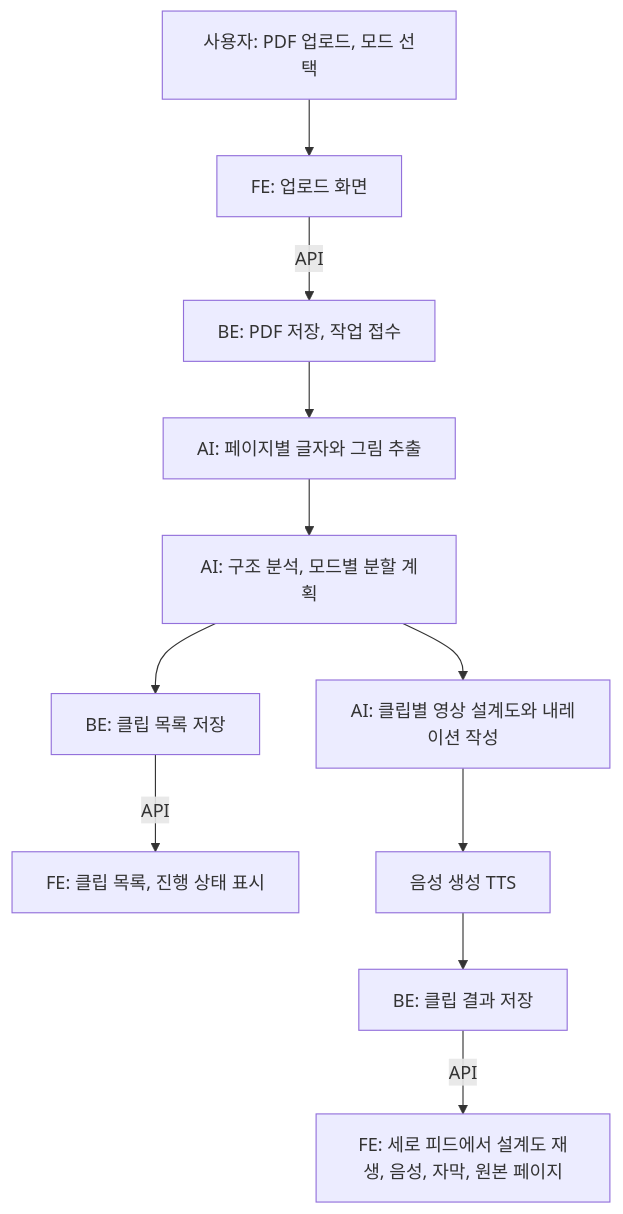
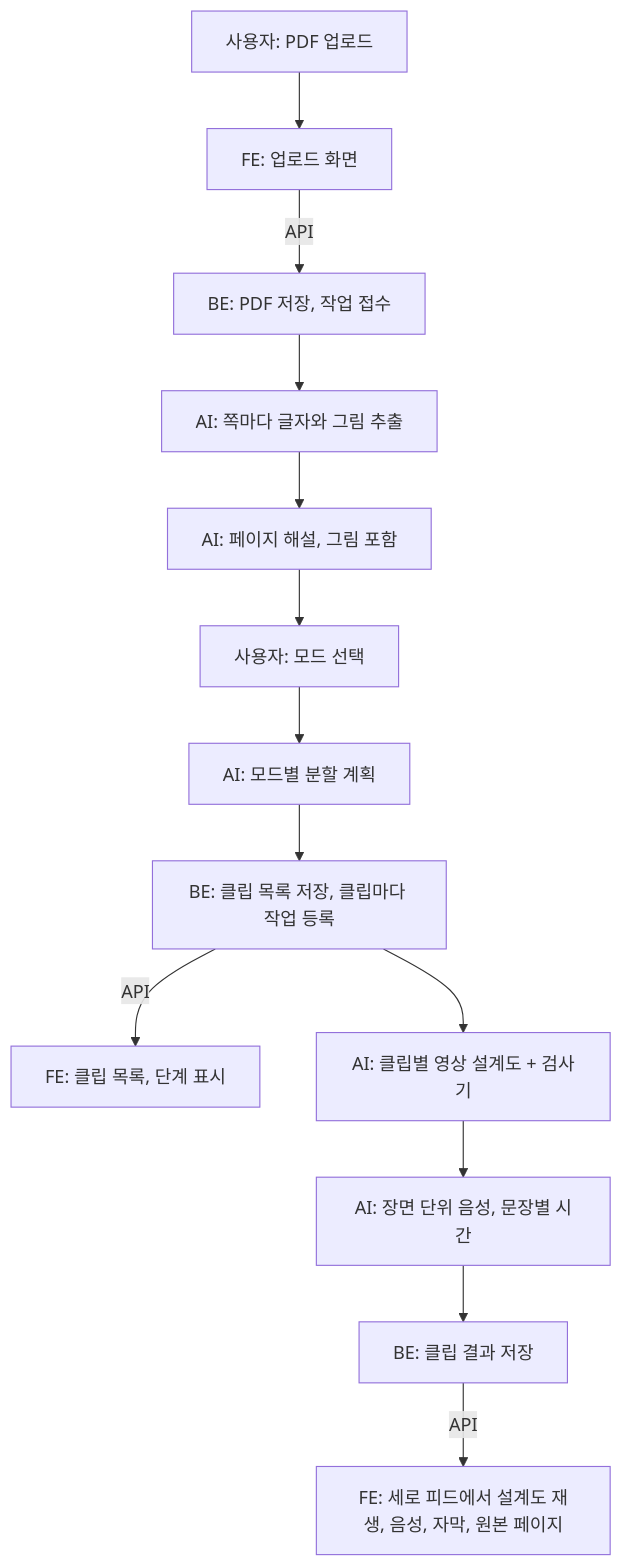
Before and after one commit to 2026ENDPoinT/team19: the diagram in docs/03-architecture.md, drawn with Mermaid. The commit also changed other lines of this file and 17 other files, not shown here.

````diff
--- a/docs/03-architecture.md
+++ b/docs/03-architecture.md
@@ -9,13 +9,15 @@
 ```mermaid
 flowchart TD
-  U[사용자: PDF 업로드, 모드 선택] --> FE1[FE: 업로드 화면]
+  U[사용자: PDF 업로드] --> FE1[FE: 업로드 화면]
   FE1 -->|API| BE1[BE: PDF 저장, 작업 접수]
-  BE1 --> AI1[AI: 페이지별 글자와 그림 추출]
-  AI1 --> AI2[AI: 구조 분석, 모드별 분할 계획]
-  AI2 --> BE2[BE: 클립 목록 저장]
-  BE2 -->|API| FE2[FE: 클립 목록, 진행 상태 표시]
-  AI2 --> AI3[AI: 클립별 영상 설계도와 내레이션 작성]
-  AI3 --> AI4[음성 생성 TTS]
+  BE1 --> AI1[AI: 쪽마다 글자와 그림 추출]
+  AI1 --> AI1b[AI: 페이지 해설, 그림 포함]
+  AI1b --> M[사용자: 모드 선택]
+  M --> AI2[AI: 모드별 분할 계획]
+  AI2 --> BE2[BE: 클립 목록 저장, 클립마다 작업 등록]
+  BE2 -->|API| FE2[FE: 클립 목록, 단계 표시]
+  BE2 --> AI3[AI: 클립별 영상 설계도 + 검사기]
+  AI3 --> AI4[AI: 장면 단위 음성, 문장별 시간]
   AI4 --> BE3[BE: 클립 결과 저장]
   BE3 -->|API| FE3[FE: 세로 피드에서 설계도 재생, 음성, 자막, 원본 페이지]
 ```
````
